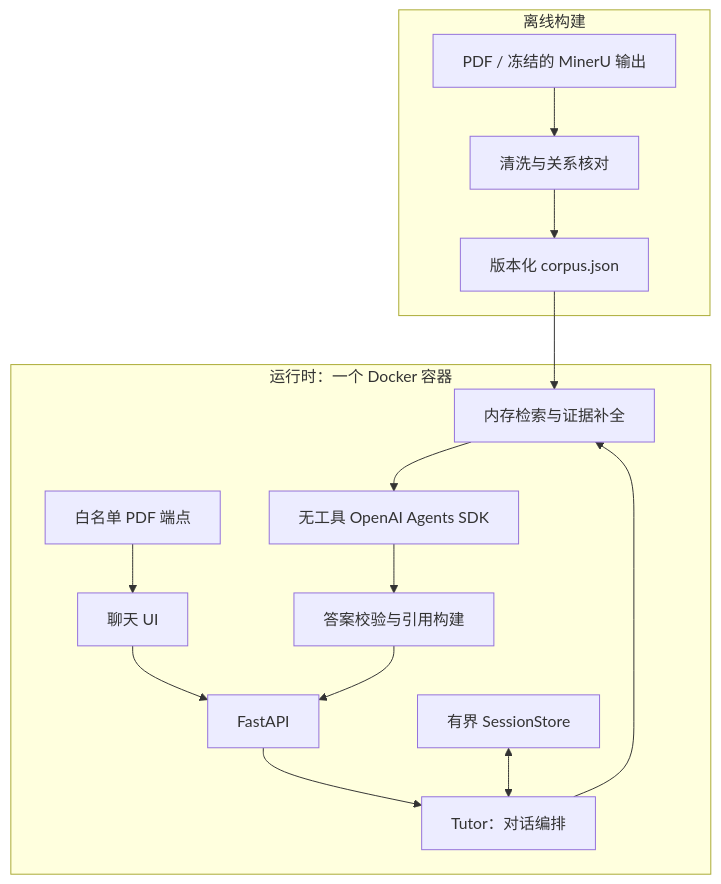
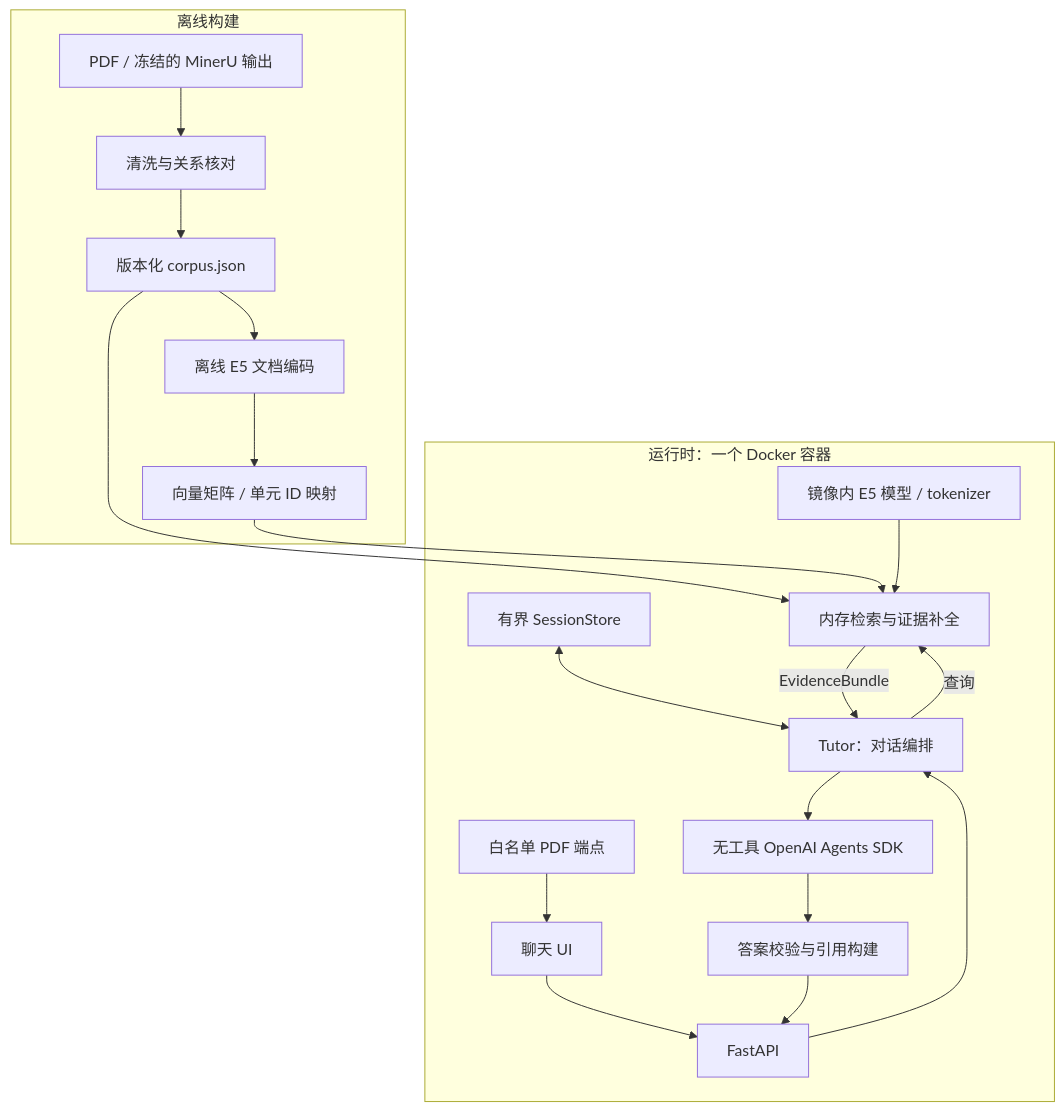
Before and after one commit to user-w-ui/InsureTutor-Demo: the diagram in docs/architecture.zh-CN.md, drawn with Mermaid. The commit also changed other lines of this file and 11 other files, not shown here.

Commit message:
Build bilingual runtime corpus and complete evidence bundles

````diff
--- a/docs/architecture.zh-CN.md
+++ b/docs/architecture.zh-CN.md
@@ -12,18 +12,23 @@
 ```mermaid
 flowchart TD
     subgraph Offline[离线构建]
         Raw[PDF / 冻结的 MinerU 输出] --> Clean[清洗与关系核对]
         Clean --> Corpus[版本化 corpus.json]
+        Corpus --> Encode[离线 E5 文档编码]
+        Encode --> Vectors[向量矩阵 / 单元 ID 映射]
     end
     subgraph Runtime[运行时：一个 Docker 容器]
         UI[聊天 UI] --> API[FastAPI]
         API --> Tutor[Tutor：对话编排]
         Session[有界 SessionStore] <--> Tutor
         Corpus --> Retrieval[内存检索与证据补全]
-        Tutor --> Retrieval
-        Retrieval --> Generation[无工具 OpenAI Agents SDK]
+        Vectors --> Retrieval
+        Model[镜像内 E5 模型 / tokenizer] --> Retrieval
+        Tutor -->|查询| Retrieval
+        Retrieval -->|EvidenceBundle| Tutor
+        Tutor --> Generation[无工具 OpenAI Agents SDK]
         Generation --> Validate[答案校验与引用构建]
         Validate --> API
         PDF[白名单 PDF 端点] --> UI
     end
 ```
````
